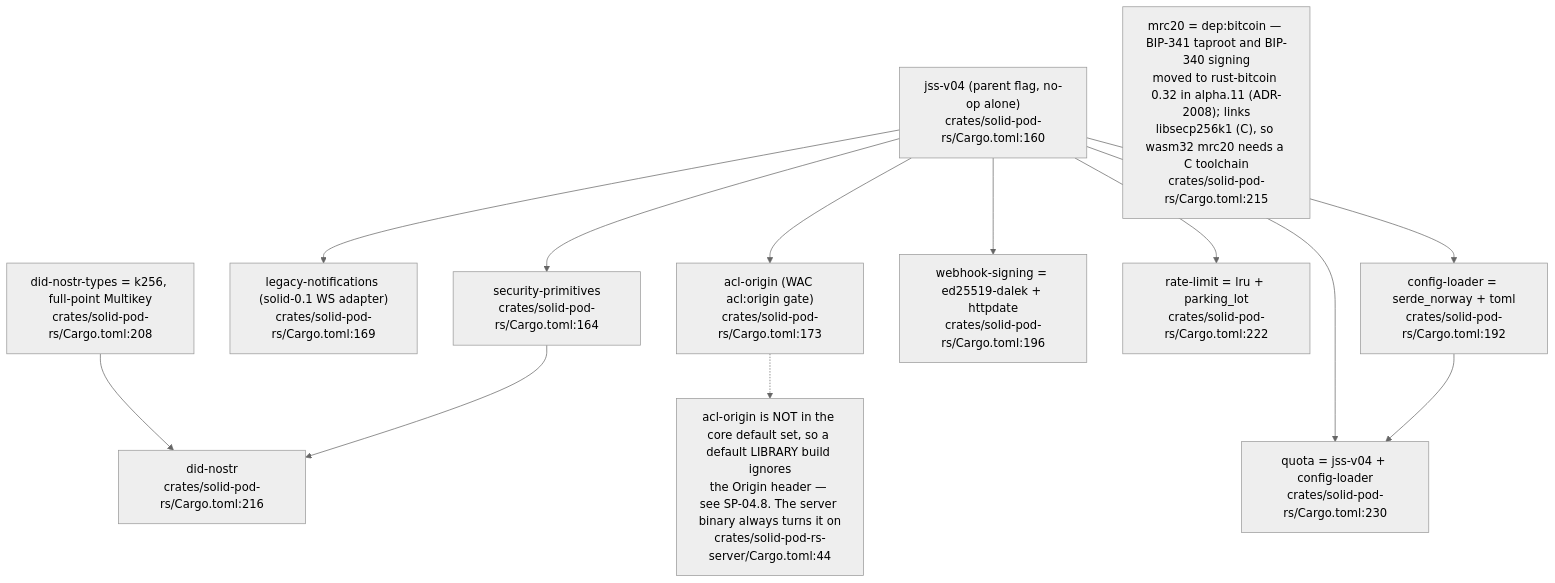
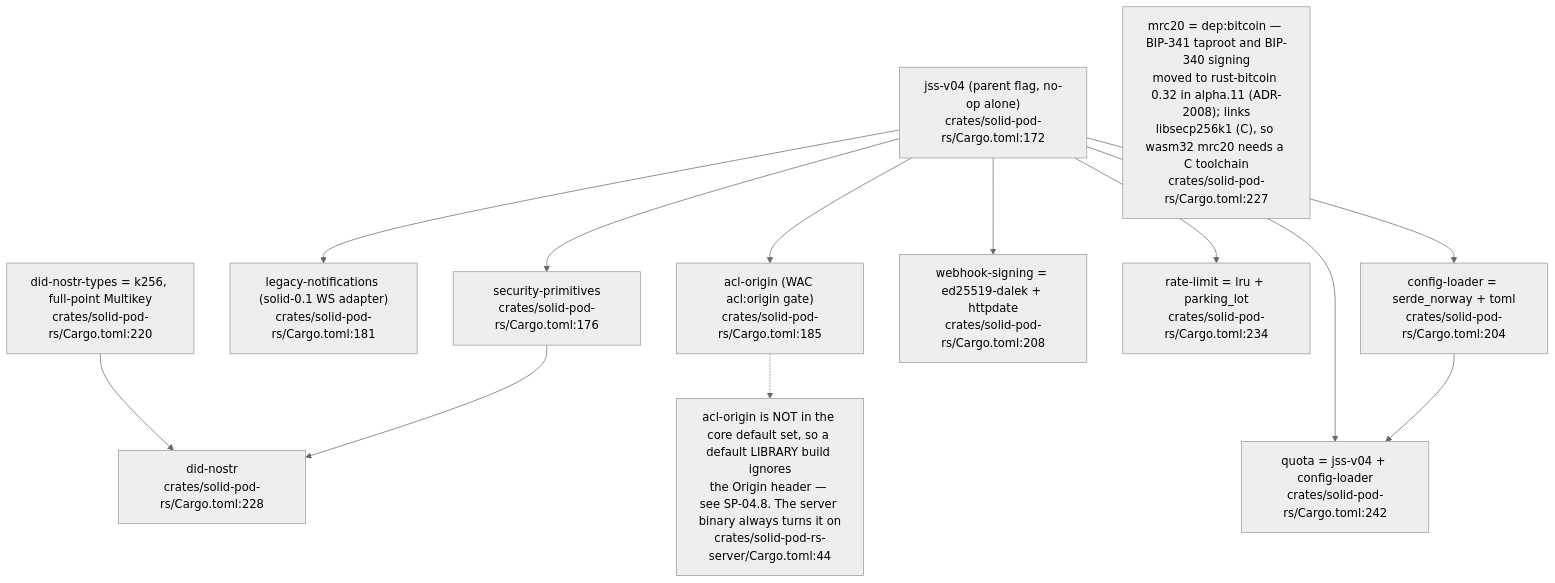
Before and after one commit to DreamLab-AI/VisionFlow: the fifth of 12 diagrams in docs/diagrams/solid-pod-rs/01-workspace-composition.md, drawn with Mermaid (neutral theme). The commit also changed other lines of this file, not shown here.

First line of the commit message:
docs(diagrams): SP-01 re-verified at solid-pod-rs a28a748

````diff
--- a/docs/diagrams/solid-pod-rs/01-workspace-composition.md
+++ b/docs/diagrams/solid-pod-rs/01-workspace-composition.md
@@ -170,28 +174,28 @@
 ```mermaid
 flowchart TD
-    JSS["jss-v04 (parent flag, no-op alone)<br/>crates/solid-pod-rs/Cargo.toml:160"]
-    SP["security-primitives<br/>crates/solid-pod-rs/Cargo.toml:164"]
-    LEG["legacy-notifications (solid-0.1 WS adapter)<br/>crates/solid-pod-rs/Cargo.toml:169"]
-    ORG["acl-origin (WAC acl:origin gate)<br/>crates/solid-pod-rs/Cargo.toml:173"]
-    CFGL["config-loader = serde_norway + toml<br/>crates/solid-pod-rs/Cargo.toml:192"]
-    WHS["webhook-signing = ed25519-dalek + httpdate<br/>crates/solid-pod-rs/Cargo.toml:196"]
-    RL["rate-limit = lru + parking_lot<br/>crates/solid-pod-rs/Cargo.toml:222"]
-    QU["quota = jss-v04 + config-loader<br/>crates/solid-pod-rs/Cargo.toml:230"]
-    DNT["did-nostr-types = k256, full-point Multikey<br/>crates/solid-pod-rs/Cargo.toml:208"]
-    MR["mrc20 = dep:bitcoin — BIP-341 taproot and BIP-340 signing<br/>moved to rust-bitcoin 0.32 in alpha.11 (ADR-2008); links<br/>libsecp256k1 (C), so wasm32 mrc20 needs a C toolchain<br/>crates/solid-pod-rs/Cargo.toml:215"]
-    DN["did-nostr<br/>crates/solid-pod-rs/Cargo.toml:216"]
+    JSS["jss-v04 (parent flag, no-op alone)<br/>crates/solid-pod-rs/Cargo.toml:172"]
+    SP["security-primitives<br/>crates/solid-pod-rs/Cargo.toml:176"]
+    LEG["legacy-notifications (solid-0.1 WS adapter)<br/>crates/solid-pod-rs/Cargo.toml:181"]
+    ORG["acl-origin (WAC acl:origin gate)<br/>crates/solid-pod-rs/Cargo.toml:185"]
+    CFGL["config-loader = serde_norway + toml<br/>crates/solid-pod-rs/Cargo.toml:204"]
+    WHS["webhook-signing = ed25519-dalek + httpdate<br/>crates/solid-pod-rs/Cargo.toml:208"]
+    RL["rate-limit = lru + parking_lot<br/>crates/solid-pod-rs/Cargo.toml:234"]
+    QU["quota = jss-v04 + config-loader<br/>crates/solid-pod-rs/Cargo.toml:242"]
+    DNT["did-nostr-types = k256, full-point Multikey<br/>crates/solid-pod-rs/Cargo.toml:220"]
+    MR["mrc20 = dep:bitcoin — BIP-341 taproot and BIP-340 signing<br/>moved to rust-bitcoin 0.32 in alpha.11 (ADR-2008); links<br/>libsecp256k1 (C), so wasm32 mrc20 needs a C toolchain<br/>crates/solid-pod-rs/Cargo.toml:227"]
+    DN["did-nostr<br/>crates/solid-pod-rs/Cargo.toml:228"]
 
     JSS --> SP
     JSS --> LEG
     JSS --> ORG
     JSS --> CFGL
     JSS --> WHS
     JSS --> RL
     JSS --> QU
     CFGL --> QU
     DNT --> DN
     SP --> DN
 
     O1["acl-origin is NOT in the core default set, so a default LIBRARY build ignores<br/>the Origin header — see SP-04.8. The server binary always turns it on<br/>crates/solid-pod-rs-server/Cargo.toml:44"]
     ORG -.-> O1
 ```
````
